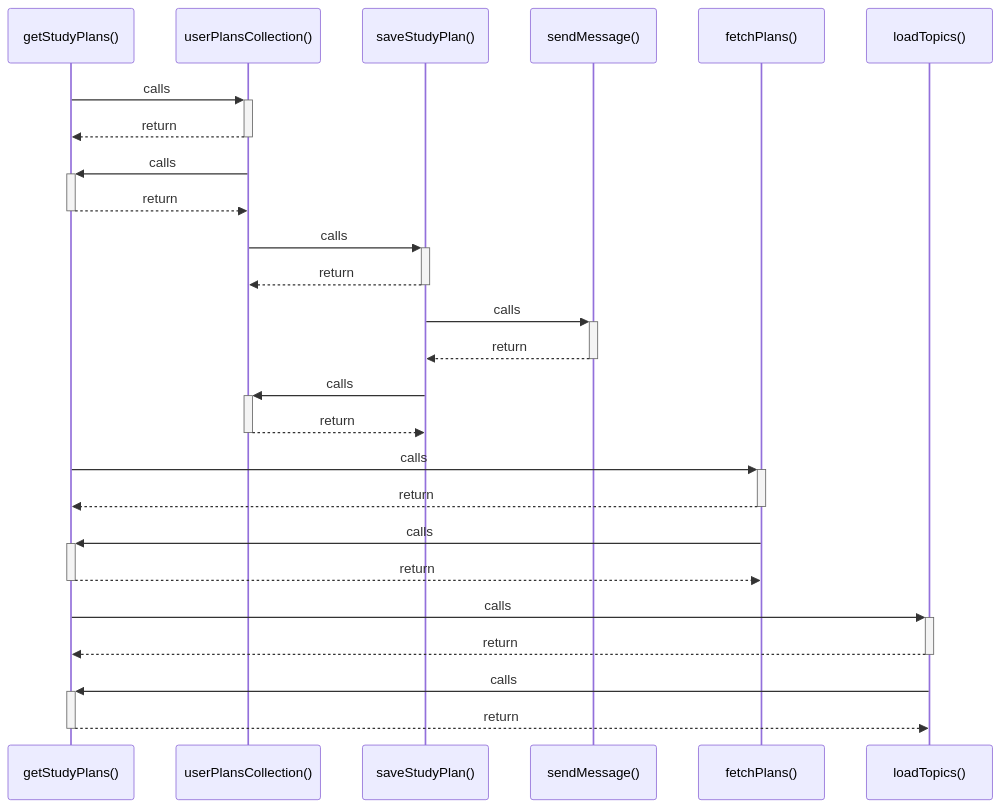
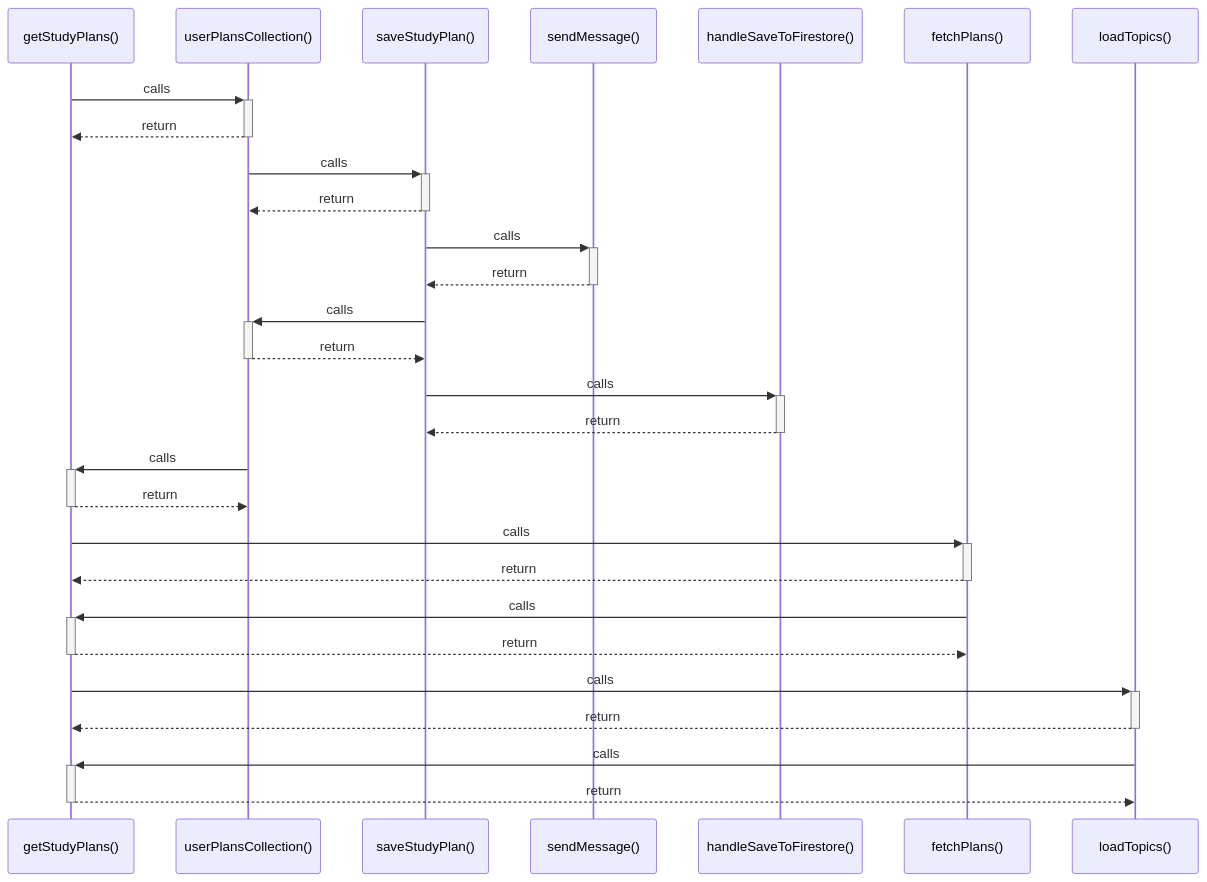
The diagram in src/graphify-out/wiki/getStudyPlans().md (Exselsa/studysync-ai), drawn with Mermaid before and after one commit. The commit also changed other lines of this file and 39 other files, not shown here.

````diff
--- a/src/graphify-out/wiki/getStudyPlans().md
+++ b/src/graphify-out/wiki/getStudyPlans().md
@@ -7,27 +7,30 @@
 ```mermaid
 sequenceDiagram
     participant P0 as getStudyPlans()
     participant P1 as userPlansCollection()
     participant P2 as saveStudyPlan()
     participant P3 as sendMessage()
-    participant P4 as fetchPlans()
-    participant P5 as loadTopics()
+    participant P4 as handleSaveToFirestore()
+    participant P5 as fetchPlans()
+    participant P6 as loadTopics()
     P0->>+ P1: calls
     P1-->>- P0: return
-    P1->>+ P0: calls
-    P0-->>- P1: return
     P1->>+ P2: calls
     P2-->>- P1: return
     P2->>+ P3: calls
     P3-->>- P2: return
     P2->>+ P1: calls
     P1-->>- P2: return
-    P0->>+ P4: calls
-    P4-->>- P0: return
-    P4->>+ P0: calls
-    P0-->>- P4: return
+    P2->>+ P4: calls
+    P4-->>- P2: return
+    P1->>+ P0: calls
+    P0-->>- P1: return
     P0->>+ P5: calls
     P5-->>- P0: return
     P5->>+ P0: calls
     P0-->>- P5: return
+    P0->>+ P6: calls
+    P6-->>- P0: return
+    P6->>+ P0: calls
+    P0-->>- P6: return
 ```
````
